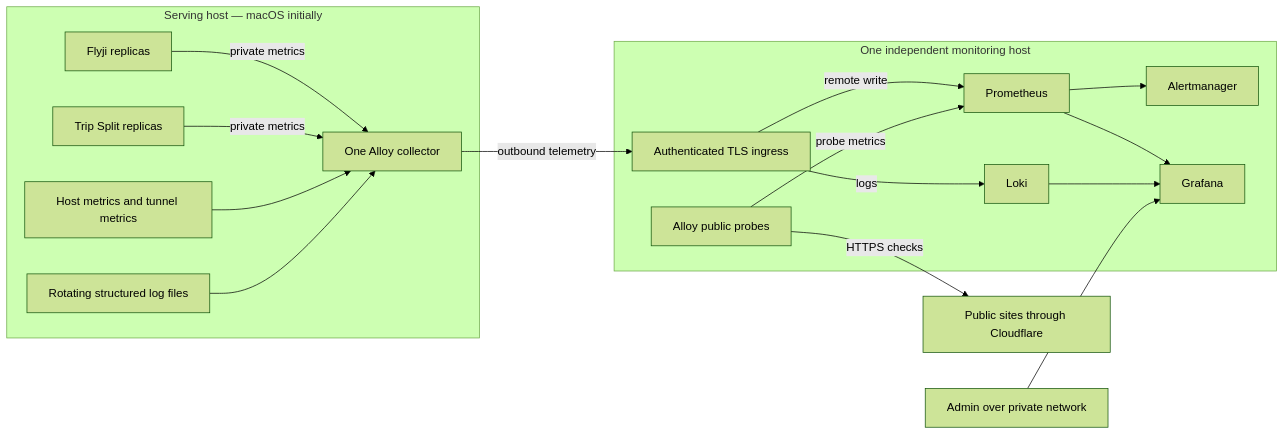
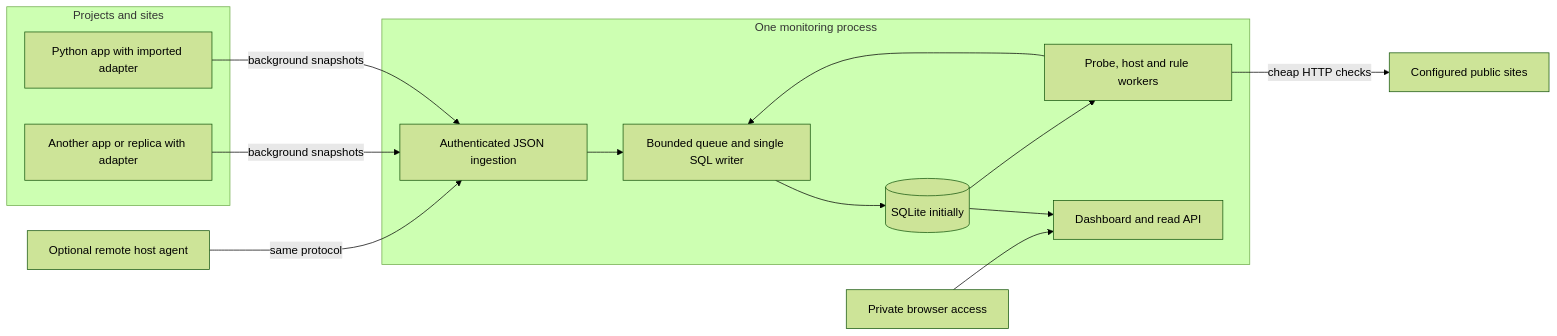
The diagram in docs/design/shared-monitoring.md (lichen-liu/flightrepo), drawn with Mermaid (forest theme) before and after one commit. The commit also changed other lines of this file and 4 other files, not shown here.

Commit message:
Redesign monitoring as a standalone SQL-backed service

````diff
--- a/docs/design/shared-monitoring.md
+++ b/docs/design/shared-monitoring.md
@@ -28,26 +31,23 @@
 ```mermaid
 flowchart LR
-  subgraph AppHost[Serving host — macOS initially]
-    F[Flyji replicas] -->|private metrics| A[One Alloy collector]
-    T[Trip Split replicas] -->|private metrics| A
-    H[Host metrics and tunnel metrics] --> A
-    L[Rotating structured log files] --> A
+  subgraph Apps[Projects and sites]
+    A[Python app with imported adapter]
+    B[Another app or replica with adapter]
   end
-  subgraph Monitor[One independent monitoring host]
-    E[Authenticated TLS ingress]
-    P[Prometheus]
-    K[Loki]
-    R[Alertmanager]
-    G[Grafana]
-    B[Alloy public probes]
-    E -->|remote write| P
-    E -->|logs| K
-    B -->|probe metrics| P
-    P --> R
-    P --> G
-    K --> G
+  subgraph Core[One monitoring process]
+    I[Authenticated JSON ingestion]
+    Q[Bounded queue and single SQL writer]
+    W[Probe, host and rule workers]
+    D[Dashboard and read API]
+    I --> Q
+    W --> Q
+    Q --> S[(SQLite initially)]
+    S --> D
+    S --> W
   end
-  A -->|outbound telemetry| E
-  B -->|HTTPS checks| Sites[Public sites through Cloudflare]
-  Admin[Admin over private network] --> G
+  A -->|background snapshots| I
+  B -->|background snapshots| I
+  H[Optional remote host agent] -->|same protocol| I
+  W -->|cheap HTTP checks| Sites[Configured public sites]
+  Admin[Private browser access] --> D
 ```
````
